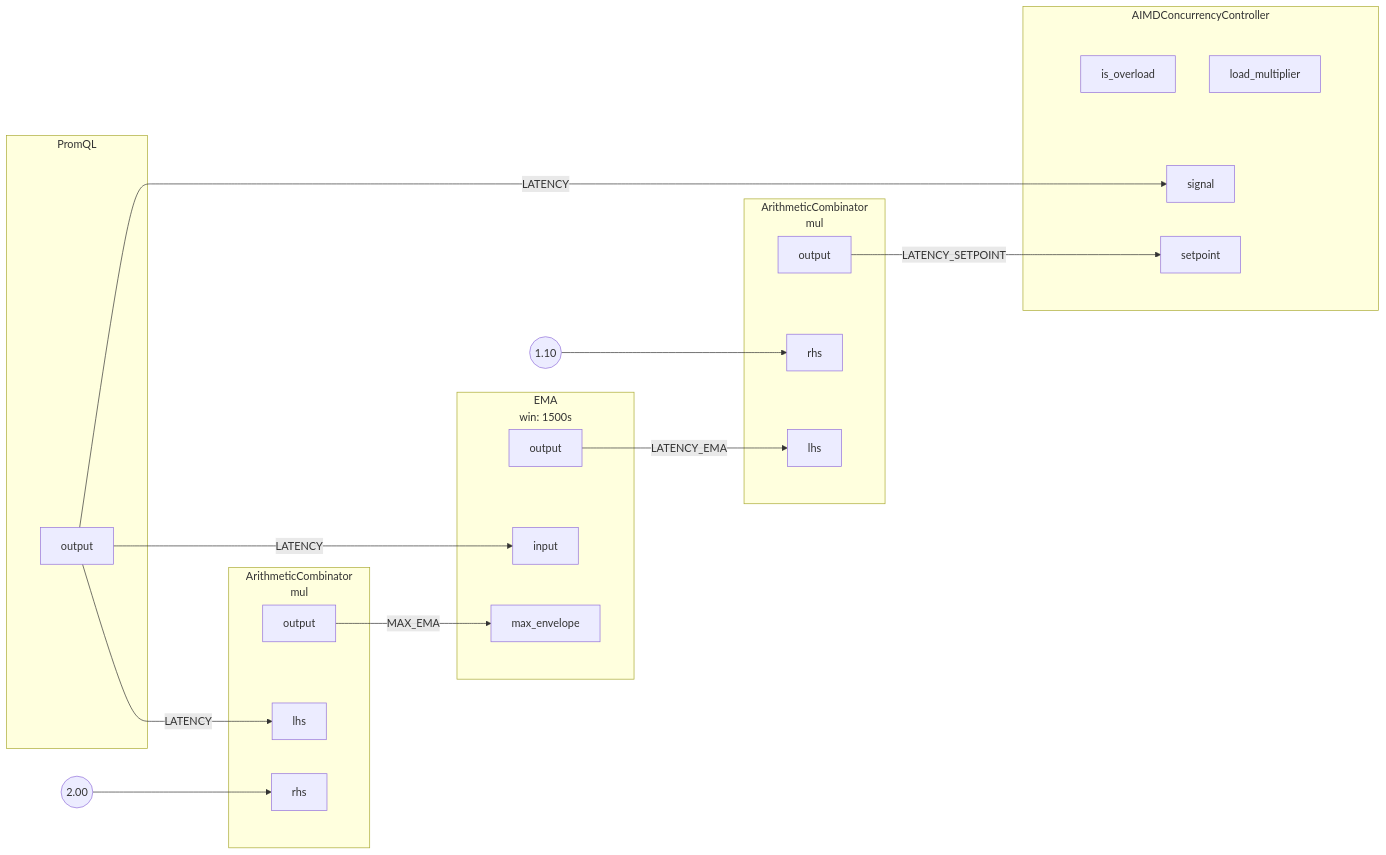
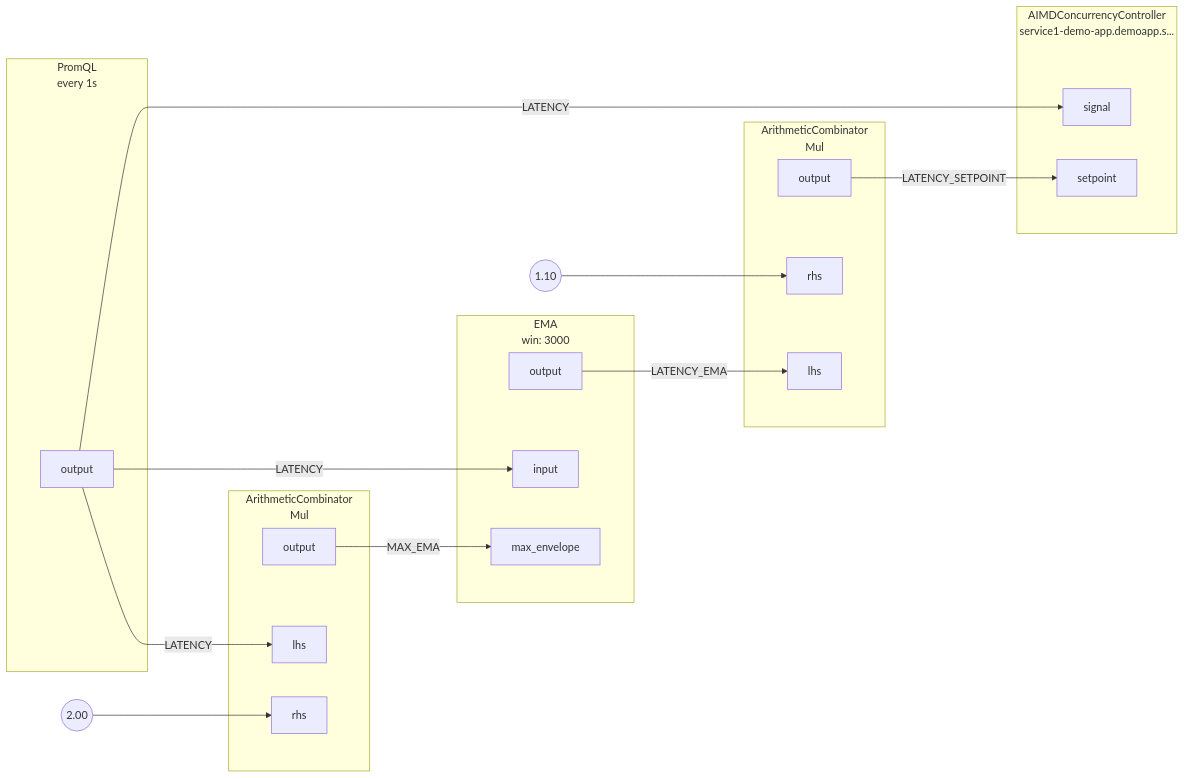
Before and after one commit to dataongunlaws/aperture: the diagram in docs/content/tutorials/integrations/flow-control/concurrency-limiting/assets/basic-concurrency-limiting/basic-concurrency-limiting.mmd, drawn with Mermaid. The commit also changed 60 other files, not shown here.

First line of the commit message:
mermaid: do not render unused ports (#1218)

```diff
--- a/docs/content/tutorials/integrations/flow-control/concurrency-limiting/assets/basic-concurrency-limiting/basic-concurrency-limiting.mmd
+++ b/docs/content/tutorials/integrations/flow-control/concurrency-limiting/assets/basic-concurrency-limiting/basic-concurrency-limiting.mmd
@@ -1,62 +1,60 @@
 flowchart LR
-subgraph root.0[PromQL]
+subgraph root.0[<center>PromQL<br/>every 1s</center>]
 subgraph root.0_outports[ ]
 style root.0_outports fill:none,stroke:none
 root.0output[output]
 end
 end
-subgraph root.1[<center>ArithmeticCombinator<br/>mul</center>]
+FakeConstant0((2.00))
+FakeConstant0 --> root.1rhs
+subgraph root.1[<center>ArithmeticCombinator<br/>Mul</center>]
 subgraph root.1_inports[ ]
 style root.1_inports fill:none,stroke:none
 root.1lhs[lhs]
 root.1rhs[rhs]
 end
 subgraph root.1_outports[ ]
 style root.1_outports fill:none,stroke:none
 root.1output[output]
 end
 end
-FakeConstant0((2.00))
-FakeConstant0 --> root.1rhs
-subgraph root.2[<center>ArithmeticCombinator<br/>mul</center>]
+FakeConstant1((1.10))
+FakeConstant1 --> root.2rhs
+subgraph root.2[<center>ArithmeticCombinator<br/>Mul</center>]
 subgraph root.2_inports[ ]
 style root.2_inports fill:none,stroke:none
 root.2rhs[rhs]
 root.2lhs[lhs]
 end
 subgraph root.2_outports[ ]
 style root.2_outports fill:none,stroke:none
 root.2output[output]
 end
 end
-FakeConstant1((1.10))
-FakeConstant1 --> root.2rhs
-subgraph root.3[<center>EMA<br/>win: 1500s</center>]
+subgraph root.3[<center>EMA<br/>win: 3000</center>]
 subgraph root.3_inports[ ]
 style root.3_inports fill:none,stroke:none
 root.3input[input]
 root.3max_envelope[max_envelope]
 end
 subgraph root.3_outports[ ]
 style root.3_outports fill:none,stroke:none
 root.3output[output]
 end
 end
-subgraph root.4[AIMDConcurrencyController]
+subgraph root.4[<center>AIMDConcurrencyController<br/>service1-demo-app.demoapp.s...</center>]
 subgraph root.4_inports[ ]
 style root.4_inports fill:none,stroke:none
 root.4setpoint[setpoint]
 root.4signal[signal]
 end
 subgraph root.4_outports[ ]
 style root.4_outports fill:none,stroke:none
-root.4is_overload[is_overload]
-root.4load_multiplier[load_multiplier]
 end
 end
-root.2output --> |LATENCY_SETPOINT| root.4setpoint
-root.3output --> |LATENCY_EMA| root.2lhs
 root.0output --> |LATENCY| root.1lhs
 root.0output --> |LATENCY| root.3input
 root.0output --> |LATENCY| root.4signal
 root.1output --> |MAX_EMA| root.3max_envelope
+root.2output --> |LATENCY_SETPOINT| root.4setpoint
+root.3output --> |LATENCY_EMA| root.2lhs
```
